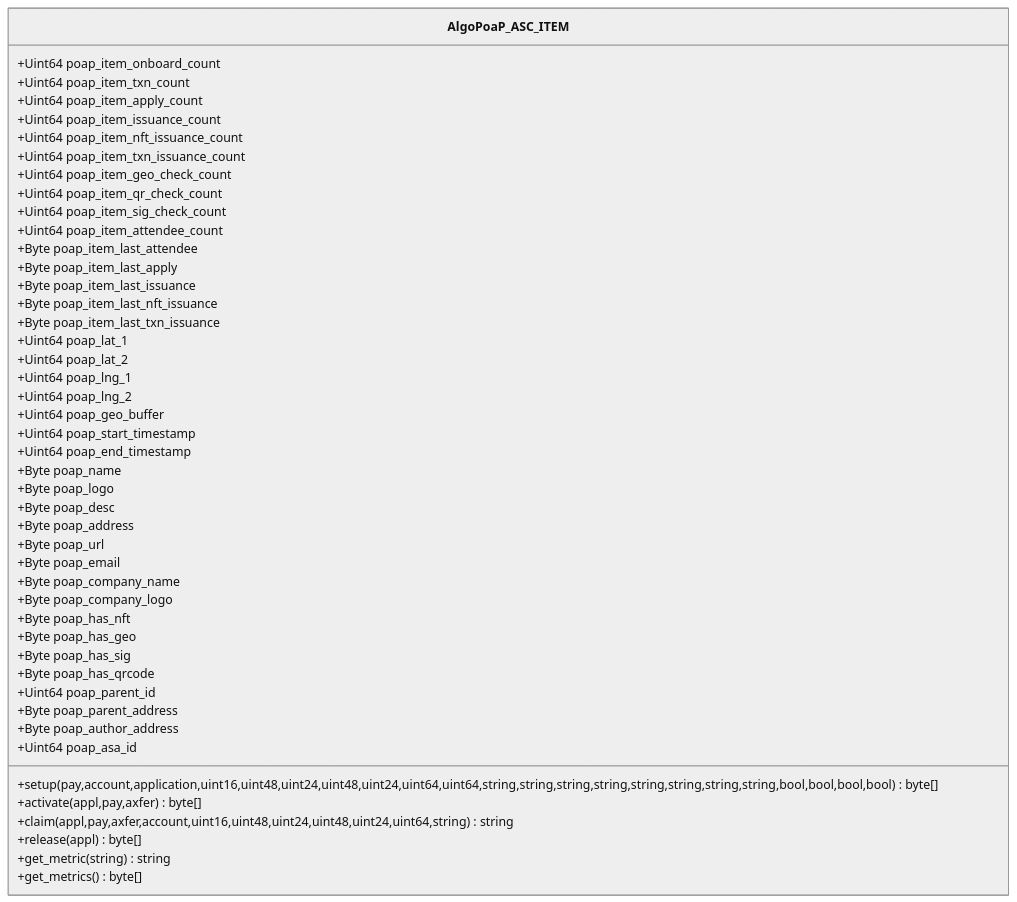
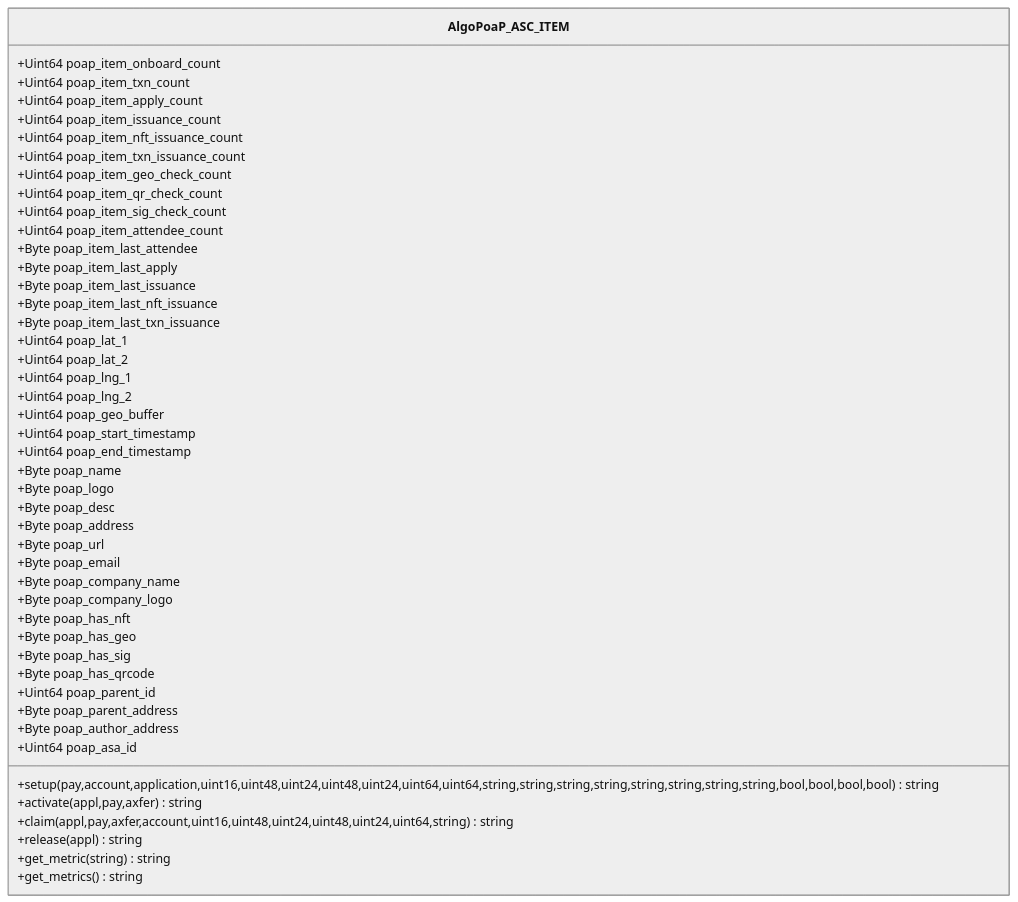
Before and after one commit to GoPlausible/.github: the tenth of 10 diagrams in profile/README.md, drawn with Mermaid (neutral theme).

````diff
--- a/profile/README.md
+++ b/profile/README.md
@@ -593,57 +593,57 @@
 ```mermaid
   classDiagram
     class AlgoPoaP_ASC_ITEM
     AlgoPoaP_ASC_ITEM : +Uint64 poap_item_onboard_count
     AlgoPoaP_ASC_ITEM : +Uint64 poap_item_txn_count
     AlgoPoaP_ASC_ITEM : +Uint64 poap_item_apply_count
     AlgoPoaP_ASC_ITEM : +Uint64 poap_item_issuance_count
     AlgoPoaP_ASC_ITEM : +Uint64 poap_item_nft_issuance_count
     AlgoPoaP_ASC_ITEM : +Uint64 poap_item_txn_issuance_count
 
     AlgoPoaP_ASC_ITEM : +Uint64 poap_item_geo_check_count
     AlgoPoaP_ASC_ITEM : +Uint64 poap_item_qr_check_count
     AlgoPoaP_ASC_ITEM : +Uint64 poap_item_sig_check_count
 
     AlgoPoaP_ASC_ITEM : +Uint64 poap_item_attendee_count
     AlgoPoaP_ASC_ITEM : +Byte poap_item_last_attendee
     AlgoPoaP_ASC_ITEM : +Byte poap_item_last_apply
     AlgoPoaP_ASC_ITEM : +Byte poap_item_last_issuance
     AlgoPoaP_ASC_ITEM : +Byte poap_item_last_nft_issuance
     AlgoPoaP_ASC_ITEM : +Byte poap_item_last_txn_issuance
 
 
     AlgoPoaP_ASC_ITEM : +Uint64 poap_lat_1
     AlgoPoaP_ASC_ITEM : +Uint64 poap_lat_2
     AlgoPoaP_ASC_ITEM : +Uint64 poap_lng_1
     AlgoPoaP_ASC_ITEM : +Uint64 poap_lng_2
     AlgoPoaP_ASC_ITEM : +Uint64 poap_geo_buffer
     AlgoPoaP_ASC_ITEM : +Uint64 poap_start_timestamp
     AlgoPoaP_ASC_ITEM : +Uint64 poap_end_timestamp
     AlgoPoaP_ASC_ITEM : +Byte poap_name
     AlgoPoaP_ASC_ITEM : +Byte poap_logo
     AlgoPoaP_ASC_ITEM : +Byte poap_desc
     AlgoPoaP_ASC_ITEM : +Byte poap_address
     AlgoPoaP_ASC_ITEM : +Byte poap_url
     AlgoPoaP_ASC_ITEM : +Byte poap_email
     AlgoPoaP_ASC_ITEM : +Byte poap_company_name
     AlgoPoaP_ASC_ITEM : +Byte poap_company_logo
     AlgoPoaP_ASC_ITEM : +Byte poap_has_nft
     AlgoPoaP_ASC_ITEM : +Byte poap_has_geo
     AlgoPoaP_ASC_ITEM : +Byte poap_has_sig
     AlgoPoaP_ASC_ITEM : +Byte poap_has_qrcode
 
     AlgoPoaP_ASC_ITEM : +Uint64 poap_parent_id
     AlgoPoaP_ASC_ITEM : +Byte poap_parent_address
     AlgoPoaP_ASC_ITEM : +Byte poap_author_address
     AlgoPoaP_ASC_ITEM : +Uint64 poap_asa_id
 
-    AlgoPoaP_ASC_ITEM : +setup(pay,account,application,uint16,uint48,uint24,uint48,uint24,uint64,uint64,string,string,string,string,string,string,string,string,bool,bool,bool,bool)byte[]
-    AlgoPoaP_ASC_ITEM : +activate(appl,pay,axfer)byte[]
+    AlgoPoaP_ASC_ITEM : +setup(pay,account,application,uint16,uint48,uint24,uint48,uint24,uint64,uint64,string,string,string,string,string,string,string,string,bool,bool,bool,bool)string
+    AlgoPoaP_ASC_ITEM : +activate(appl,pay,axfer)string
     AlgoPoaP_ASC_ITEM : +claim(appl,pay,axfer,account,uint16,uint48,uint24,uint48,uint24,uint64,string)string
-    AlgoPoaP_ASC_ITEM : +release(appl)byte[]
+    AlgoPoaP_ASC_ITEM : +release(appl)string
     AlgoPoaP_ASC_ITEM : +get_metric(string)string
-    AlgoPoaP_ASC_ITEM : +get_metrics()byte[]
+    AlgoPoaP_ASC_ITEM : +get_metrics()string
     
   
     
 ```
````
